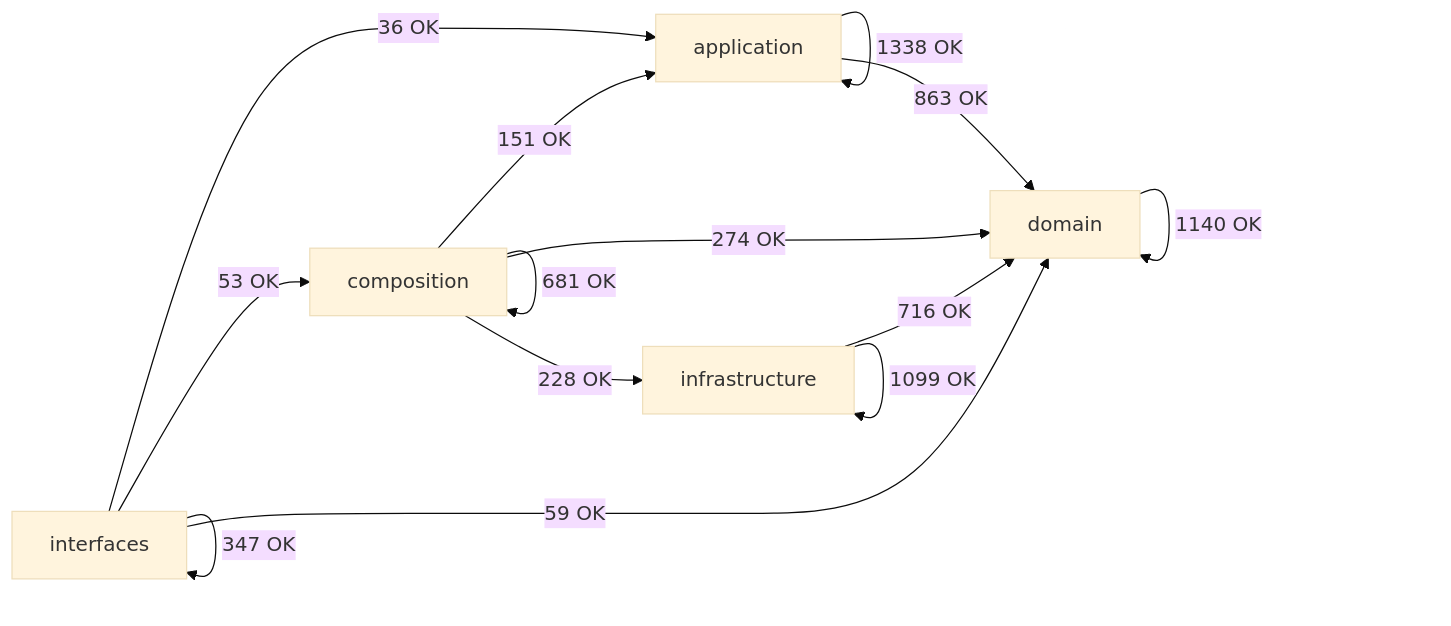
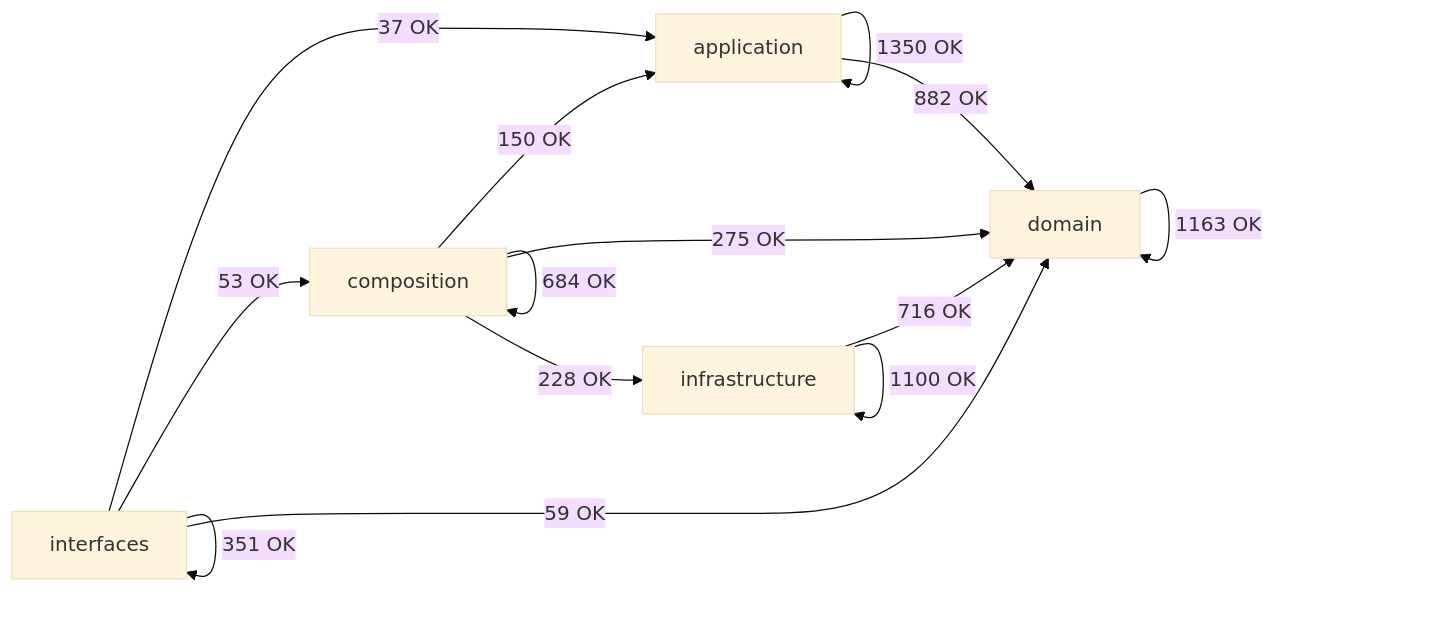
The diagram in docs/02-architecture/generated/module-dependency-map.md (SatoryKono/BioactivityDataAcquisition), drawn with Mermaid (base theme) before and after one commit. The commit also changed other lines of this file and 120 other files, not shown here.

````diff
--- a/docs/02-architecture/generated/module-dependency-map.md
+++ b/docs/02-architecture/generated/module-dependency-map.md
@@ -17,21 +17,21 @@
 ```mermaid
 flowchart LR
     domain[domain]
     application[application]
     infrastructure[infrastructure]
     composition[composition]
     interfaces[interfaces]
-    application -->|1338 OK| application
-    application -->|863 OK| domain
-    composition -->|151 OK| application
-    composition -->|681 OK| composition
-    composition -->|274 OK| domain
+    application -->|1350 OK| application
+    application -->|882 OK| domain
+    composition -->|150 OK| application
+    composition -->|684 OK| composition
+    composition -->|275 OK| domain
     composition -->|228 OK| infrastructure
-    domain -->|1140 OK| domain
+    domain -->|1163 OK| domain
     infrastructure -->|716 OK| domain
-    infrastructure -->|1099 OK| infrastructure
-    interfaces -->|36 OK| application
+    infrastructure -->|1100 OK| infrastructure
+    interfaces -->|37 OK| application
     interfaces -->|53 OK| composition
     interfaces -->|59 OK| domain
-    interfaces -->|347 OK| interfaces
+    interfaces -->|351 OK| interfaces
 ```
````
